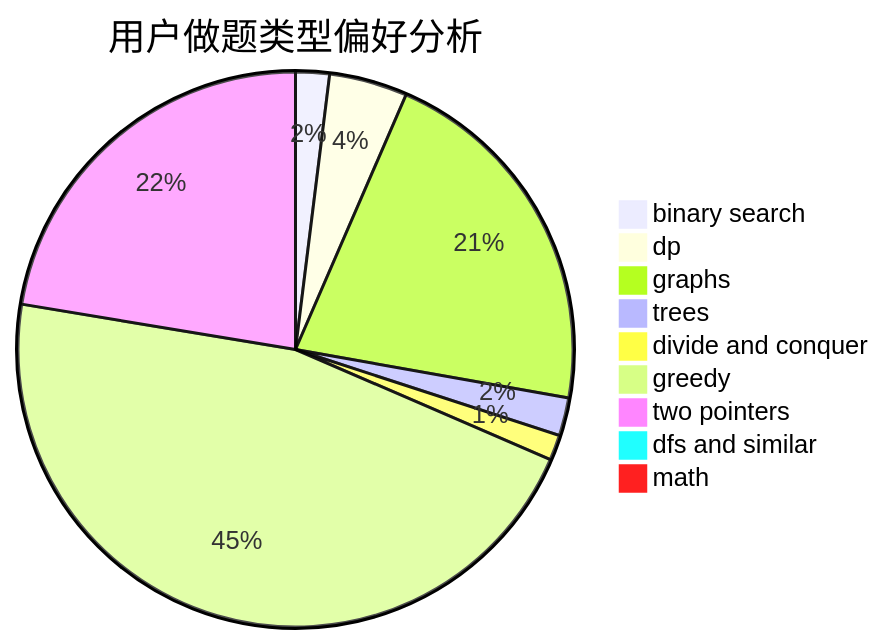
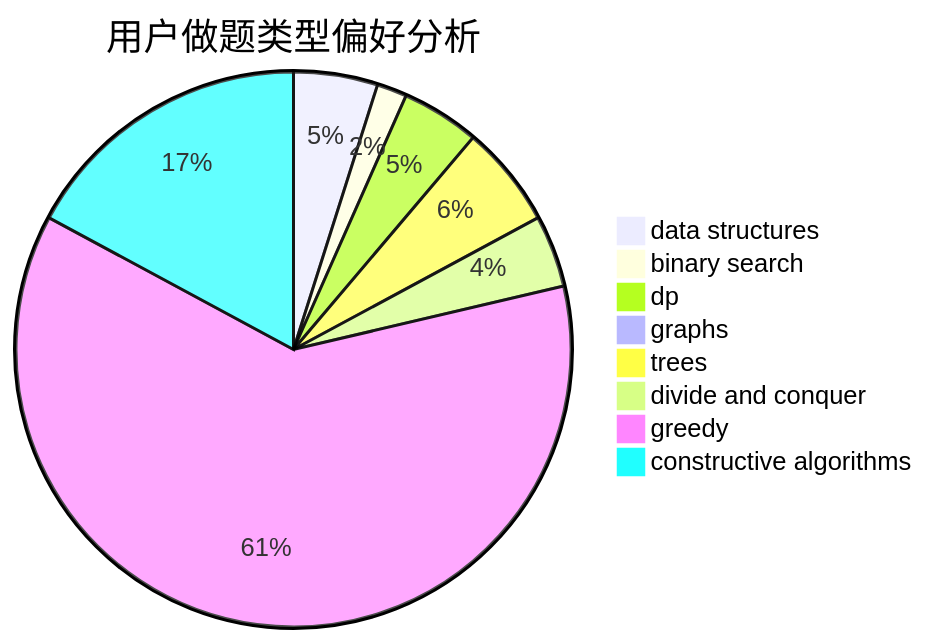
One commit to sherpahu/cfrs.github.io changed the second of 3 diagrams in docs/user/u2450.md. Above: the diagram before and after it, drawn with Mermaid. The commit also changed other lines of this file and 2775 other files, not shown here.

````diff
--- a/docs/user/u2450.md
+++ b/docs/user/u2450.md
@@ -23,12 +23,11 @@
 ```mermaid
 pie title 用户做题类型偏好分析
-    "binary search" :  16
-    "dp" :  37
-    "graphs" :  173
-    "trees" :  18
+    "data structures" :  14
+    "binary search" :  5
+    "dp" :  13
+    "graphs" :  1
+    "trees" :  17
     "divide and conquer" :  12
-    "greedy" :  375
-    "two pointers" :  182
-    "dfs and similar" :  8
-    "math" :  8
+    "greedy" :  176
+    "constructive algorithms" :  49
 ```
````
